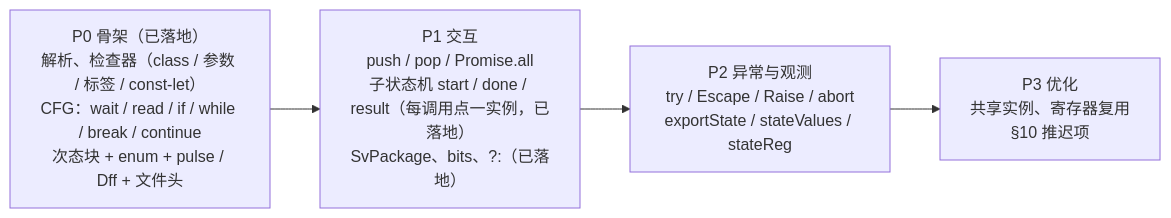
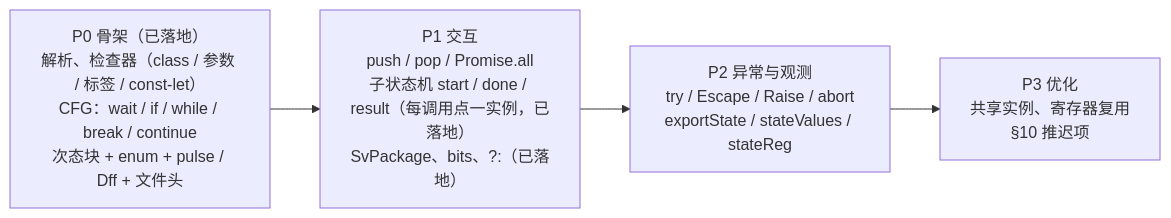
Before and after one commit to rede97/autowire: the sixth of 6 diagrams in docs/state/async-fsm.md, drawn with Mermaid. The commit also changed other lines of this file and 9 other files, not shown here.

````diff
--- a/docs/state/async-fsm.md
+++ b/docs/state/async-fsm.md
@@ -2560,6 +2574,6 @@
 ```mermaid
 flowchart LR
-  P0["P0 骨架（已落地）<br/>解析、检查器（class / 参数 / 标签 / const-let）<br/>CFG：wait / read / if / while / break / continue<br/>次态块 + enum + pulse / Dff + 文件头"] --> P1["P1 交互<br/>push / pop / Promise.all<br/>子状态机 start / done / result（每调用点一实例，已落地）<br/>SvPackage、bits、?:（已落地）"]
+  P0["P0 骨架（已落地）<br/>解析、检查器（class / 参数 / 标签 / const-let）<br/>CFG：wait / if / while / break / continue<br/>次态块 + enum + pulse / Dff + 文件头"] --> P1["P1 交互<br/>push / pop / Promise.all<br/>子状态机 start / done / result（每调用点一实例，已落地）<br/>SvPackage、bits、?:（已落地）"]
   P1 --> P2["P2 异常与观测<br/>try / Escape / Raise / abort<br/>exportState / stateValues / stateReg"]
   P2 --> P3["P3 优化<br/>共享实例、寄存器复用<br/>§10 推迟项"]
 ```
````
